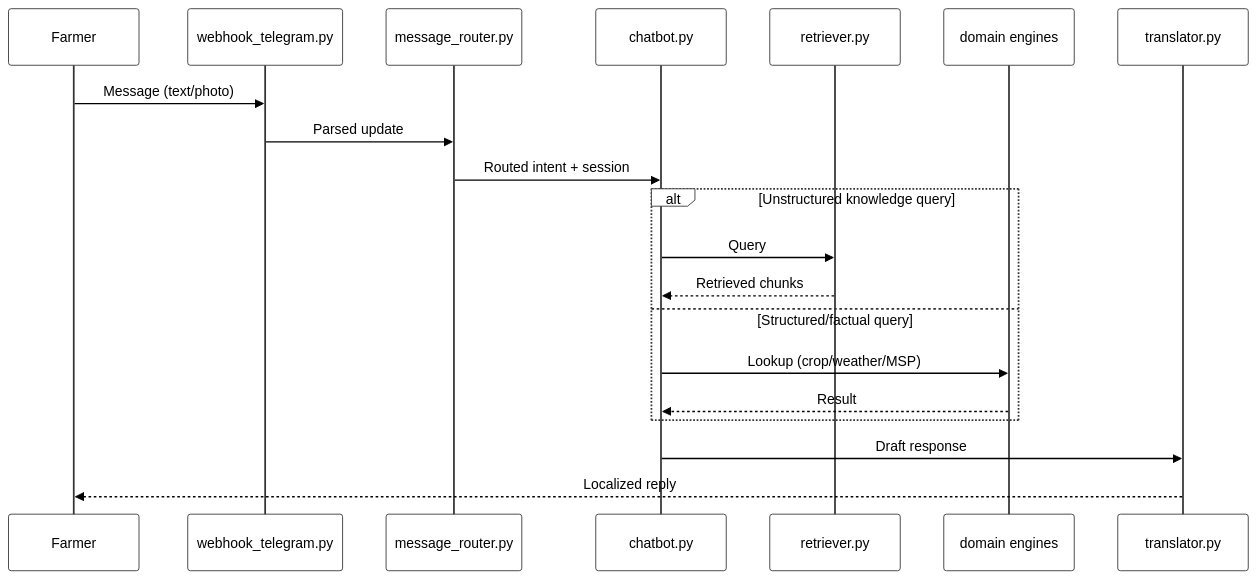
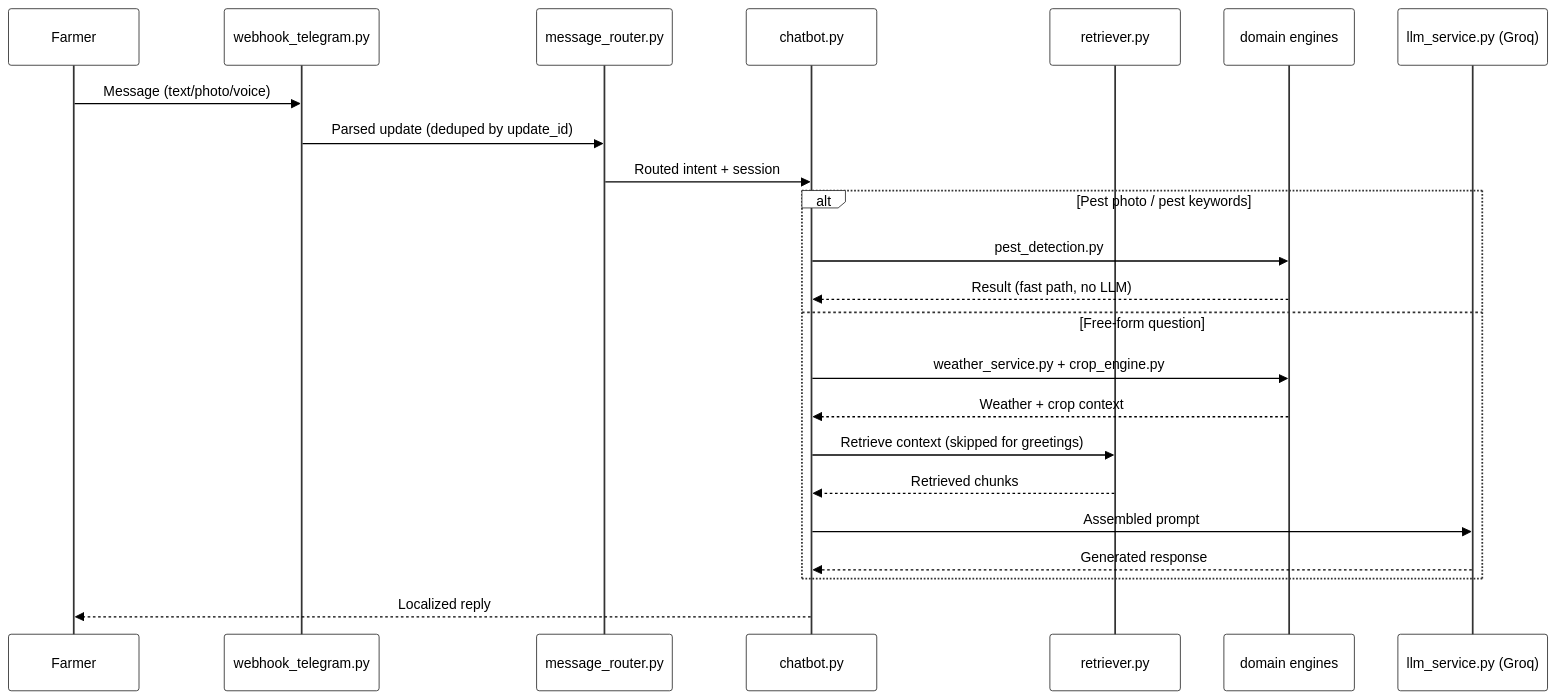
Before and after one commit to SHRESTHA-012/Kisan-sarthi-agri-advisor: the second of 3 diagrams in README.md, drawn with Mermaid. The commit also changed other lines of this file, not shown here.

````diff
--- a/README.md
+++ b/README.md
@@ -81,24 +93,27 @@
 ```mermaid
 %%{init: {'theme': 'base', 'themeVariables': {'primaryColor': '#ffffff', 'primaryBorderColor': '#333333', 'primaryTextColor': '#000000', 'lineColor': '#333333', 'secondaryColor': '#ffffff', 'tertiaryColor': '#ffffff', 'actorBkg': '#ffffff', 'actorBorder': '#333333'}}}%%
 sequenceDiagram
     participant F as Farmer
     participant W as webhook_telegram.py
     participant R as message_router.py
     participant C as chatbot.py
     participant Ret as retriever.py
     participant E as domain engines
-    participant T as translator.py
+    participant L as llm_service.py (Groq)
 
-    F->>W: Message (text/photo)
-    W->>R: Parsed update
+    F->>W: Message (text/photo/voice)
+    W->>R: Parsed update (deduped by update_id)
     R->>C: Routed intent + session
-    alt Unstructured knowledge query
-        C->>Ret: Query
+    alt Pest photo / pest keywords
+        C->>E: pest_detection.py
+        E-->>C: Result (fast path, no LLM)
+    else Free-form question
+        C->>E: weather_service.py + crop_engine.py
+        E-->>C: Weather + crop context
+        C->>Ret: Retrieve context (skipped for greetings)
         Ret-->>C: Retrieved chunks
-    else Structured/factual query
-        C->>E: Lookup (crop/weather/MSP)
-        E-->>C: Result
+        C->>L: Assembled prompt
+        L-->>C: Generated response
     end
-    C->>T: Draft response
-    T-->>F: Localized reply
+    C-->>F: Localized reply
 ```
````
